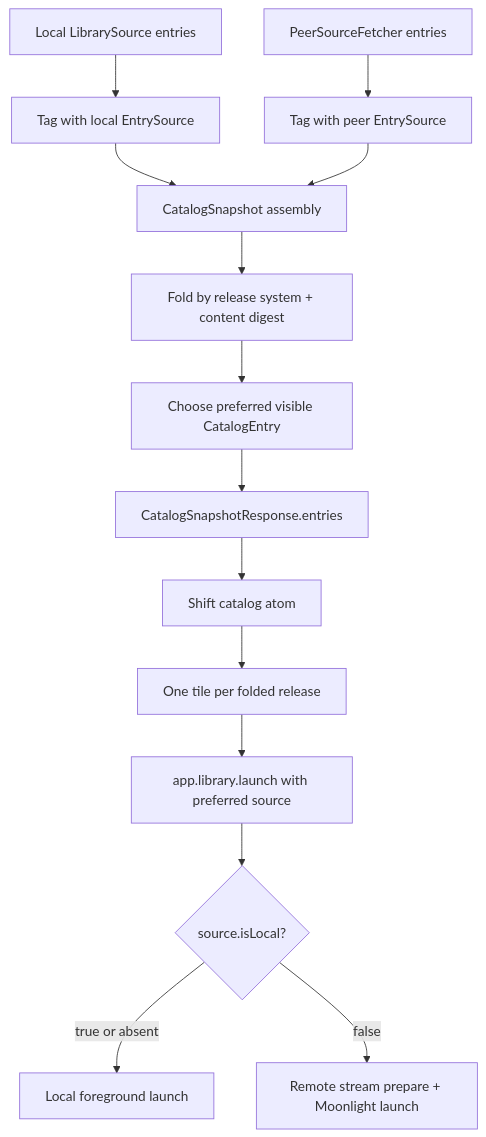
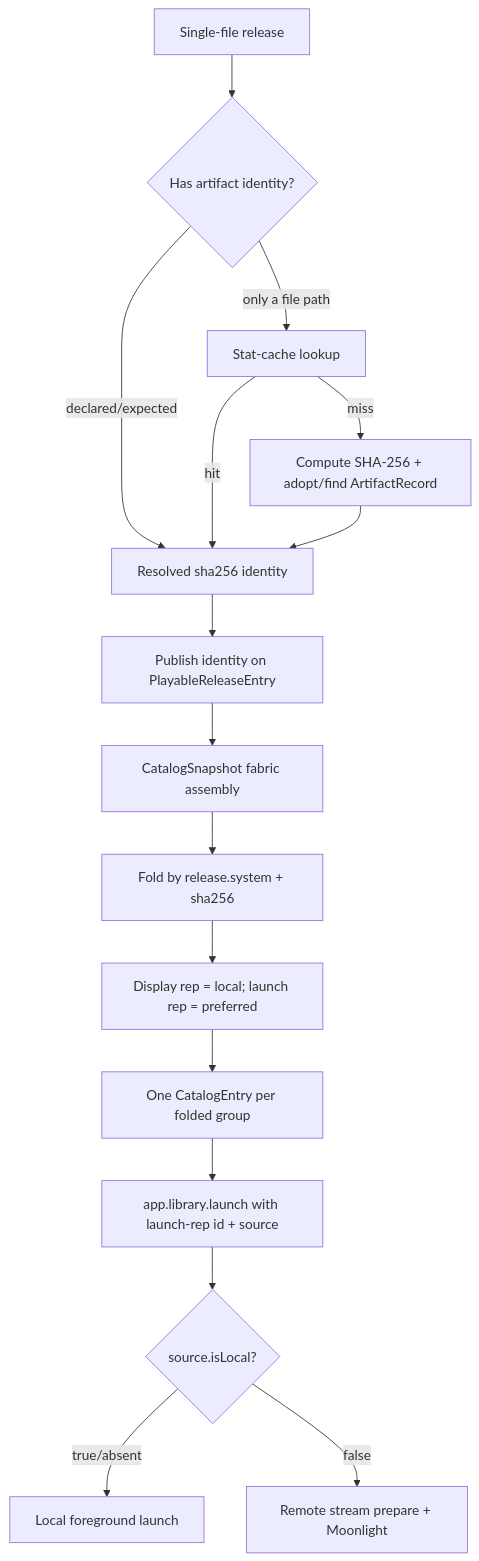
The diagram in work/items/active/01KVVMYE5SFC4H8X5H0EBY7WG3-federated-single-file-folding/plan.md (simonwjackson/korri), drawn with Mermaid before and after one commit. The commit also changed other lines of this file, not shown here.

````diff
--- a/work/items/active/01KVVMYE5SFC4H8X5H0EBY7WG3-federated-single-file-folding/plan.md
+++ b/work/items/active/01KVVMYE5SFC4H8X5H0EBY7WG3-federated-single-file-folding/plan.md
@@ -135,16 +144,17 @@
 ```mermaid
 flowchart TD
-  A[Local LibrarySource entries] --> B[Tag with local EntrySource]
-  C[PeerSourceFetcher entries] --> D[Tag with peer EntrySource]
-  B --> E[CatalogSnapshot assembly]
-  D --> E
-  E --> F[Fold by release system + content digest]
-  F --> G[Choose preferred visible CatalogEntry]
-  G --> H[CatalogSnapshotResponse.entries]
-  H --> I[Shift catalog atom]
-  I --> J[One tile per folded release]
-  J --> K[app.library.launch with preferred source]
-  K --> L{source.isLocal?}
-  L -->|true or absent| M[Local foreground launch]
-  L -->|false| N[Remote stream prepare + Moonlight launch]
+  R[Single-file release] --> Q{Has artifact identity?}
+  Q -->|declared/expected| ID[Resolved sha256 identity]
+  Q -->|only a file path| H[Stat-cache lookup]
+  H -->|hit| ID
+  H -->|miss| C[Compute SHA-256 + adopt/find ArtifactRecord] --> ID
+  ID --> P[Publish identity on PlayableReleaseEntry]
+  P --> S[CatalogSnapshot fabric assembly]
+  S --> F[Fold by release.system + sha256]
+  F --> G[Display rep = local; launch rep = preferred]
+  G --> E[One CatalogEntry per folded group]
+  E --> L[app.library.launch with launch-rep id + source]
+  L --> M{source.isLocal?}
+  M -->|true/absent| LOC[Local foreground launch]
+  M -->|false| REM[Remote stream prepare + Moonlight]
 ```
````
